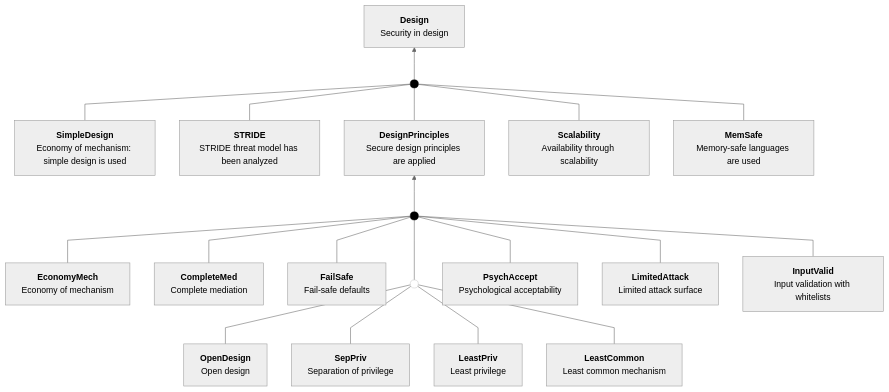
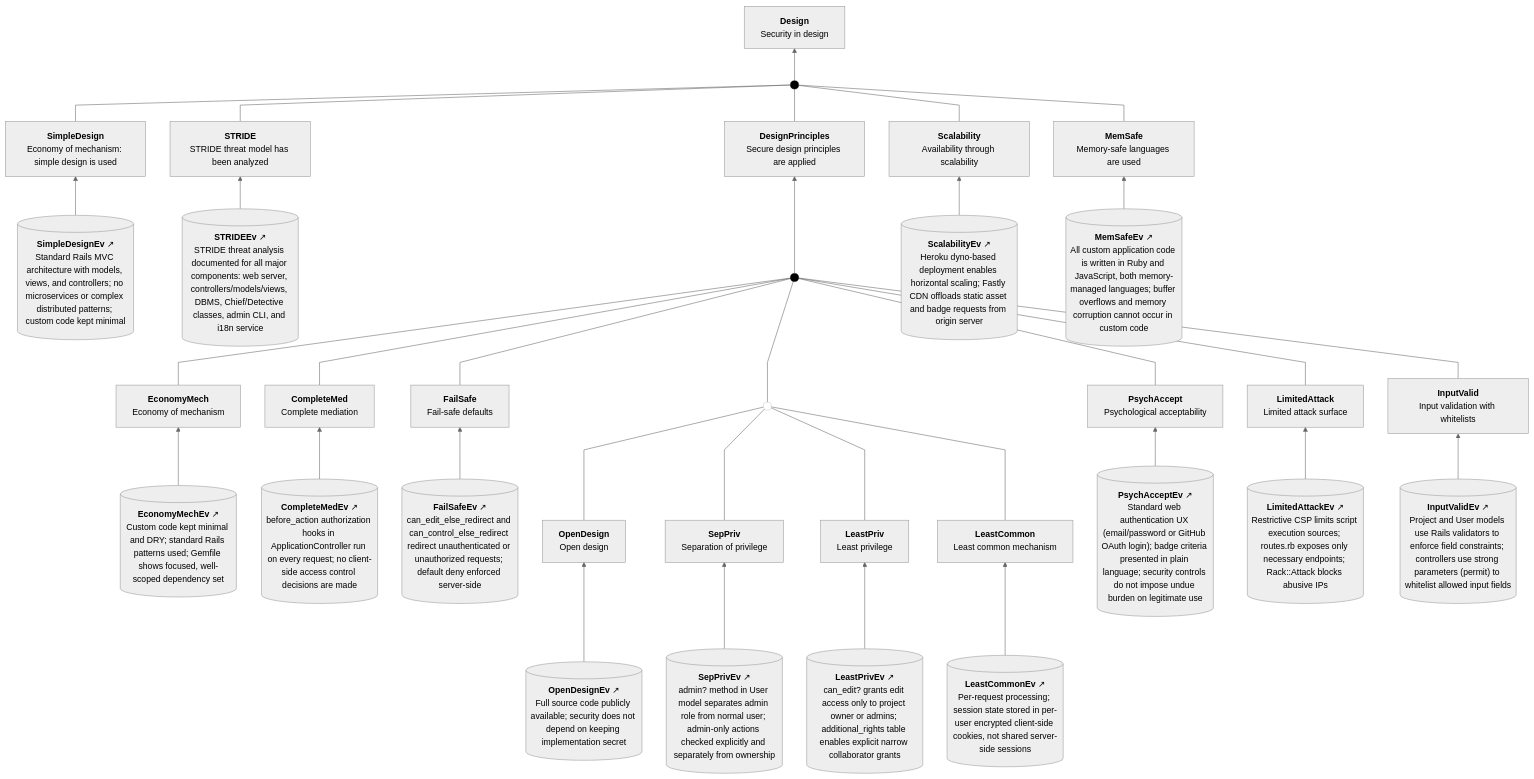
The third of 9 diagrams in docs/case.md (coreinfrastructure/best-practices-badge), drawn with Mermaid before and after one commit. The commit also changed other lines of this file and 1 other file, not shown here.

First line of the commit message:
Second stage attempt at verocase docs/case.*

```diff
--- a/docs/case.md
+++ b/docs/case.md
@@ -245,6 +282,8 @@
     DesignPrinciples["<b>DesignPrinciples</b><br>Secure design principles are applied"]
     Scalability["<b>Scalability</b><br>Availability through scalability"]
     MemSafe["<b>MemSafe</b><br>Memory-safe languages are used"]
+    SimpleDesignEv[("<b>SimpleDesignEv</b>&nbsp;↗<br>Standard Rails MVC architecture with models, views, and controllers; no microservices or complex distributed patterns; custom code kept minimal")]
+    STRIDEEv[("<b>STRIDEEv</b>&nbsp;↗<br>STRIDE threat analysis documented for all major components: web server, controllers/models/views, DBMS, Chief/Detective classes, admin CLI, and i18n service")]
     EconomyMech["<b>EconomyMech</b><br>Economy of mechanism"]
     CompleteMed["<b>CompleteMed</b><br>Complete mediation"]
     FailSafe["<b>FailSafe</b><br>Fail-safe defaults"]
@@ -252,18 +291,56 @@
     PsychAccept["<b>PsychAccept</b><br>Psychological acceptability"]
     LimitedAttack["<b>LimitedAttack</b><br>Limited attack surface"]
     InputValid["<b>InputValid</b><br>Input validation with whitelists"]
+    ScalabilityEv[("<b>ScalabilityEv</b>&nbsp;↗<br>Heroku dyno-based deployment enables horizontal scaling; Fastly CDN offloads static asset and badge requests from origin server")]
+    MemSafeEv[("<b>MemSafeEv</b>&nbsp;↗<br>All custom application code is written in Ruby and JavaScript, both memory-managed languages; buffer overflows and memory corruption cannot occur in custom code")]
+    EconomyMechEv[("<b>EconomyMechEv</b>&nbsp;↗<br>Custom code kept minimal and DRY; standard Rails patterns used; Gemfile shows focused, well-scoped dependency set")]
+    CompleteMedEv[("<b>CompleteMedEv</b>&nbsp;↗<br>before_action authorization hooks in ApplicationController run on every request; no client-side access control decisions are made")]
+    FailSafeEv[("<b>FailSafeEv</b>&nbsp;↗<br>can_edit_else_redirect and can_control_else_redirect redirect unauthenticated or unauthorized requests; default deny enforced server-side")]
     OpenDesign["<b>OpenDesign</b><br>Open design"]
     SepPriv["<b>SepPriv</b><br>Separation of privilege"]
     LeastPriv["<b>LeastPriv</b><br>Least privilege"]
     LeastCommon["<b>LeastCommon</b><br>Least common mechanism"]
+    PsychAcceptEv[("<b>PsychAcceptEv</b>&nbsp;↗<br>Standard web authentication UX (email/password or GitHub OAuth login); badge criteria presented in plain language; security controls do not impose undue burden on legitimate use")]
+    LimitedAttackEv[("<b>LimitedAttackEv</b>&nbsp;↗<br>Restrictive CSP limits script execution sources; routes.rb exposes only necessary endpoints; Rack::Attack blocks abusive IPs")]
+    InputValidEv[("<b>InputValidEv</b>&nbsp;↗<br>Project and User models use Rails validators to enforce field constraints; controllers use strong parameters (permit) to whitelist allowed input fields")]
+    OpenDesignEv[("<b>OpenDesignEv</b>&nbsp;↗<br>Full source code publicly available; security does not depend on keeping implementation secret")]
+    SepPrivEv[("<b>SepPrivEv</b>&nbsp;↗<br>admin? method in User model separates admin role from normal user; admin-only actions checked explicitly and separately from ownership")]
+    LeastPrivEv[("<b>LeastPrivEv</b>&nbsp;↗<br>can_edit? grants edit access only to project owner or admins; additional_rights table enables explicit narrow collaborator grants")]
+    LeastCommonEv[("<b>LeastCommonEv</b>&nbsp;↗<br>Per-request processing; session state stored in per-user encrypted client-side cookies, not shared server-side sessions")]
     Dot1((" ")):::sacmDot
     Dot2((" ")):::sacmDot
+    click SimpleDesignEv "../docs/design.md"
+    click STRIDEEv "../docs/case.md"
+    click ScalabilityEv "../Procfile"
+    click MemSafeEv "../Gemfile"
+    click EconomyMechEv "../Gemfile"
+    click CompleteMedEv "../app/controllers/application_controller.rb"
+    click FailSafeEv "../app/controllers/application_controller.rb"
+    click PsychAcceptEv "../app/views/projects/"
+    click LimitedAttackEv "../config/initializers/rack_attack.rb"
+    click InputValidEv "../app/models/project.rb"
+    click OpenDesignEv "https://github.com/coreinfrastructure/best-practices-badge"
+    click SepPrivEv "../app/models/user.rb"
+    click LeastPrivEv "../app/controllers/application_controller.rb"
+    click LeastCommonEv "../config/initializers/session_store.rb"
 
-    BottomPadding[ ]:::invisible ~~~ SimpleDesign
+    BottomPadding[ ]:::invisible ~~~ SimpleDesignEv
+    SimpleDesignEv --> SimpleDesign
+    STRIDEEv --> STRIDE
+    EconomyMechEv --> EconomyMech
+    CompleteMedEv --> CompleteMed
+    FailSafeEv --> FailSafe
+    OpenDesignEv --> OpenDesign
+    SepPrivEv --> SepPriv
+    LeastPrivEv --> LeastPriv
+    LeastCommonEv --> LeastCommon
     OpenDesign --- SynConnect_00000000
     SepPriv --- SynConnect_00000000
     LeastPriv --- SynConnect_00000000
     LeastCommon --- SynConnect_00000000
+    PsychAcceptEv --> PsychAccept
+    LimitedAttackEv --> LimitedAttack
+    InputValidEv --> InputValid
     EconomyMech --- Dot1
     CompleteMed --- Dot1
     FailSafe --- Dot1
@@ -272,6 +349,8 @@
     LimitedAttack --- Dot1
     InputValid --- Dot1
     Dot1 --> DesignPrinciples
+    ScalabilityEv --> Scalability
+    MemSafeEv --> MemSafe
     SimpleDesign --- Dot2
     STRIDE --- Dot2
     DesignPrinciples --- Dot2
```
